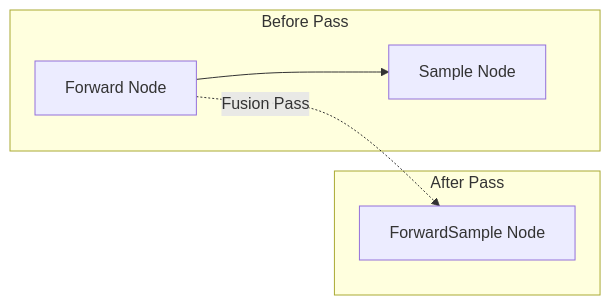
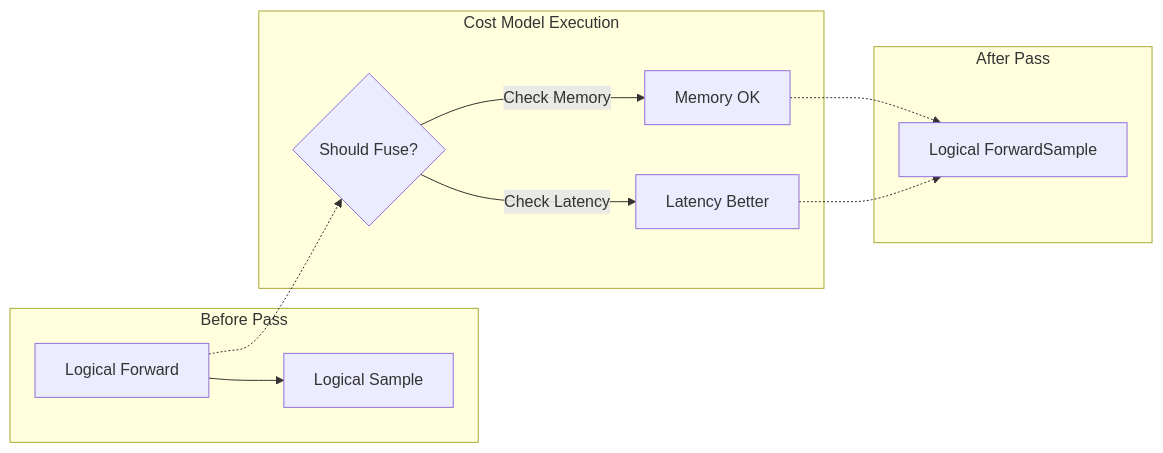
One commit to techychamp/one changed the third of 5 diagrams in RAES-011.md. Above: the diagram before and after it, drawn with Mermaid. The commit also changed other lines of this file, not shown here.

Commit message:
docs: Add RAES-011 Architecture Specification for Execution IR

````diff
--- a/RAES-011.md
+++ b/RAES-011.md
@@ -245,12 +237,20 @@
 ```mermaid
 graph LR
     subgraph Before Pass
-        F1[Forward Node] --> S1[Sample Node]
+        F1[Logical Forward] --> S1[Logical Sample]
+    end
+
+    subgraph Cost Model Execution
+        Q1{Should Fuse?}
+        Q1 -->|Check Memory| Mem[Memory OK]
+        Q1 -->|Check Latency| Lat[Latency Better]
     end
 
     subgraph After Pass
-        FS[ForwardSample Node]
+        FS[Logical ForwardSample]
     end
 
-    F1 -.->|Fusion Pass| FS
+    F1 -.-> Q1
+    Mem -.-> FS
+    Lat -.-> FS
 ```
````
